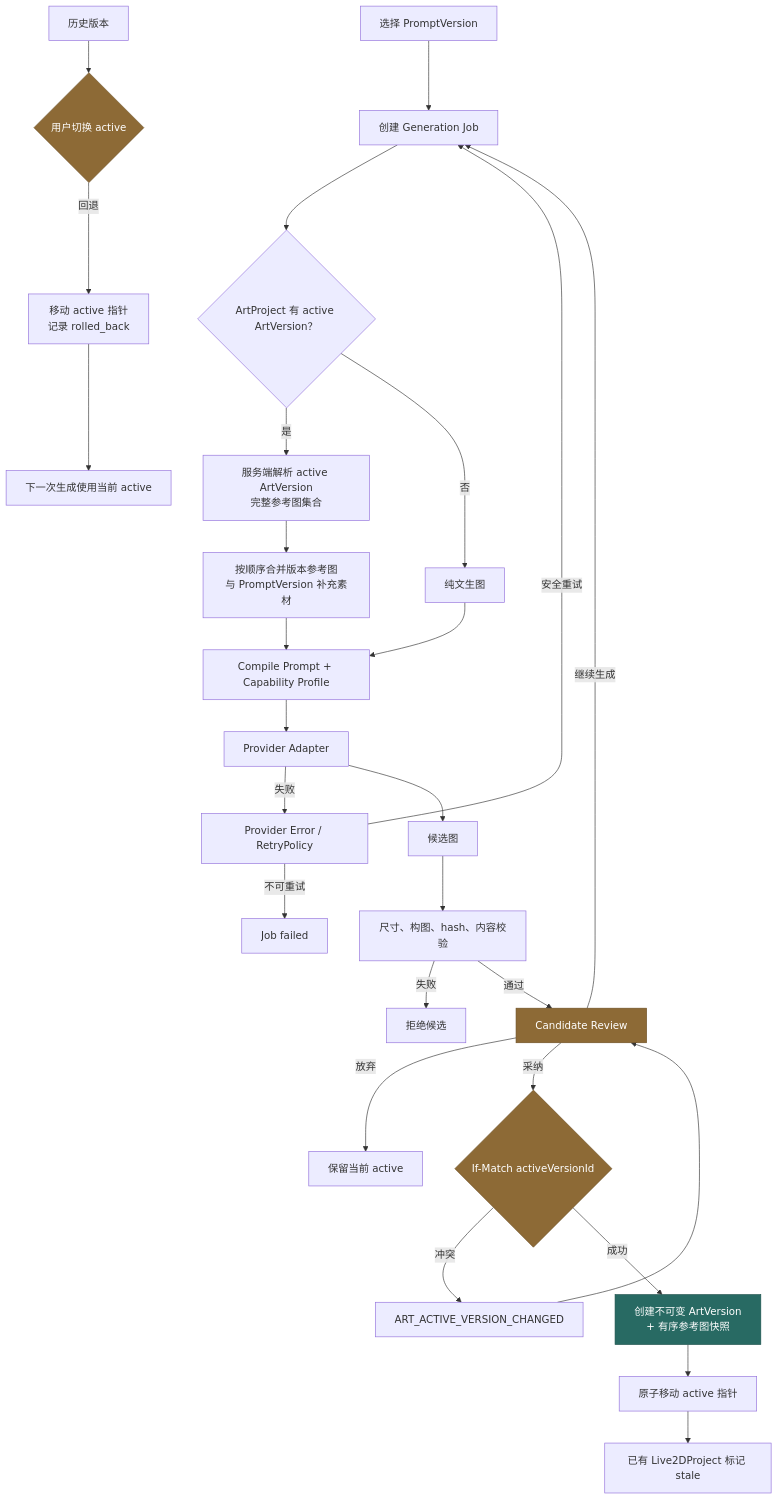
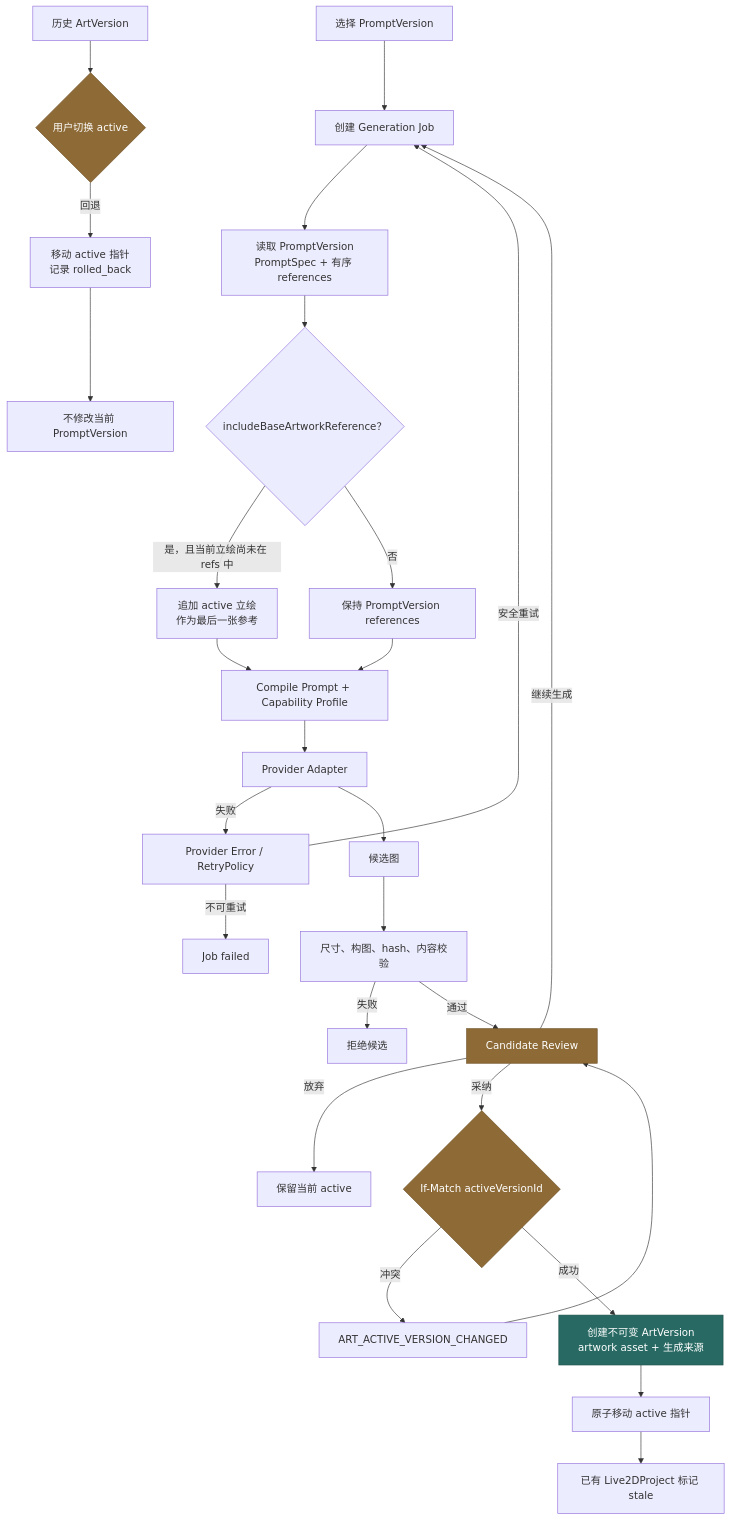
Before and after one commit to fupingyezi/agent2live: the fourth of 21 diagrams in docs/architecture/2026-11-08-stage-workflows.md, drawn with Mermaid. The commit also changed other lines of this file and 3 other files, not shown here.

Commit message:
docs: update architecture docs

````diff
--- a/docs/architecture/2026-11-08-stage-workflows.md
+++ b/docs/architecture/2026-11-08-stage-workflows.md
@@ -138,35 +138,35 @@
 ```mermaid
 flowchart TD
   A["选择 PromptVersion"] --> B["创建 Generation Job"]
-  B --> C{"ArtProject 有 active ArtVersion？"}
-  C -->|是| D["服务端解析 active ArtVersion<br/>完整参考图集合"]
-  C -->|否| E["纯文生图"]
-  D --> D2["按顺序合并版本参考图<br/>与 PromptVersion 补充素材"]
+  B --> C["读取 PromptVersion<br/>PromptSpec + 有序 references"]
+  C --> D{"includeBaseArtworkReference？"}
+  D -->|是，且当前立绘尚未在 refs 中| D2["追加 active 立绘<br/>作为最后一张参考"]
+  D -->|否| E["保持 PromptVersion references"]
   D2 --> F["Compile Prompt + Capability Profile"]
   E --> F
   F --> G["Provider Adapter"]
   G -->|失败| G1["Provider Error / RetryPolicy"]
   G1 -->|安全重试| B
   G1 -->|不可重试| G2["Job failed"]
   G --> H["候选图"]
   H --> I["尺寸、构图、hash、内容校验"]
   I -->|失败| I1["拒绝候选"]
   I -->|通过| J["Candidate Review"]
   J -->|继续生成| B
   J -->|放弃| K["保留当前 active"]
   J -->|采纳| L{"If-Match activeVersionId"}
   L -->|冲突| L1["ART_ACTIVE_VERSION_CHANGED"]
   L1 --> J
-  L -->|成功| M["创建不可变 ArtVersion<br/>+ 有序参考图快照"]
+  L -->|成功| M["创建不可变 ArtVersion<br/>artwork asset + 生成来源"]
   M --> N["原子移动 active 指针"]
   N --> O["已有 Live2DProject 标记 stale"]
 
-  P["历史版本"] --> Q{"用户切换 active"}
+  P["历史 ArtVersion"] --> Q{"用户切换 active"}
   Q -->|回退| R["移动 active 指针<br/>记录 rolled_back"]
-  R --> S["下一次生成使用当前 active"]
+  R --> S["不修改当前 PromptVersion"]
 
   classDef gate fill:#8d6a36,color:#fff,stroke:#6d4f24;
   classDef artifact fill:#286a63,color:#fff,stroke:#1d514b;
   class J,L,Q gate;
   class M artifact;
 ```
````
